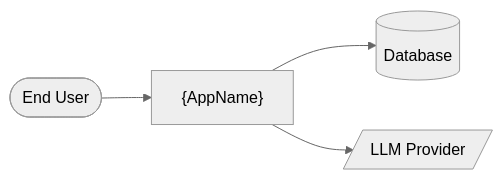
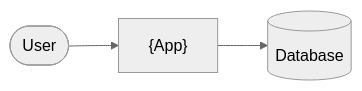
Before and after one commit to techierathore/TechieFlow: the diagram in .tfcore/templates/v4custom/app-brd-tmpl.md, drawn with Mermaid (neutral theme). The commit also changed other lines of this file and 64 other files, not shown here.

````diff
--- a/.tfcore/templates/v4custom/app-brd-tmpl.md
+++ b/.tfcore/templates/v4custom/app-brd-tmpl.md
@@ -92,6 +103,5 @@
 ```mermaid
 flowchart LR
-  User(["End User"]) --> App["{AppName}"]
+  User(["User"]) --> App["{App}"]
   App --> DB[("Database")]
-  App --> LLM[/"LLM Provider"/]
 ```
````
